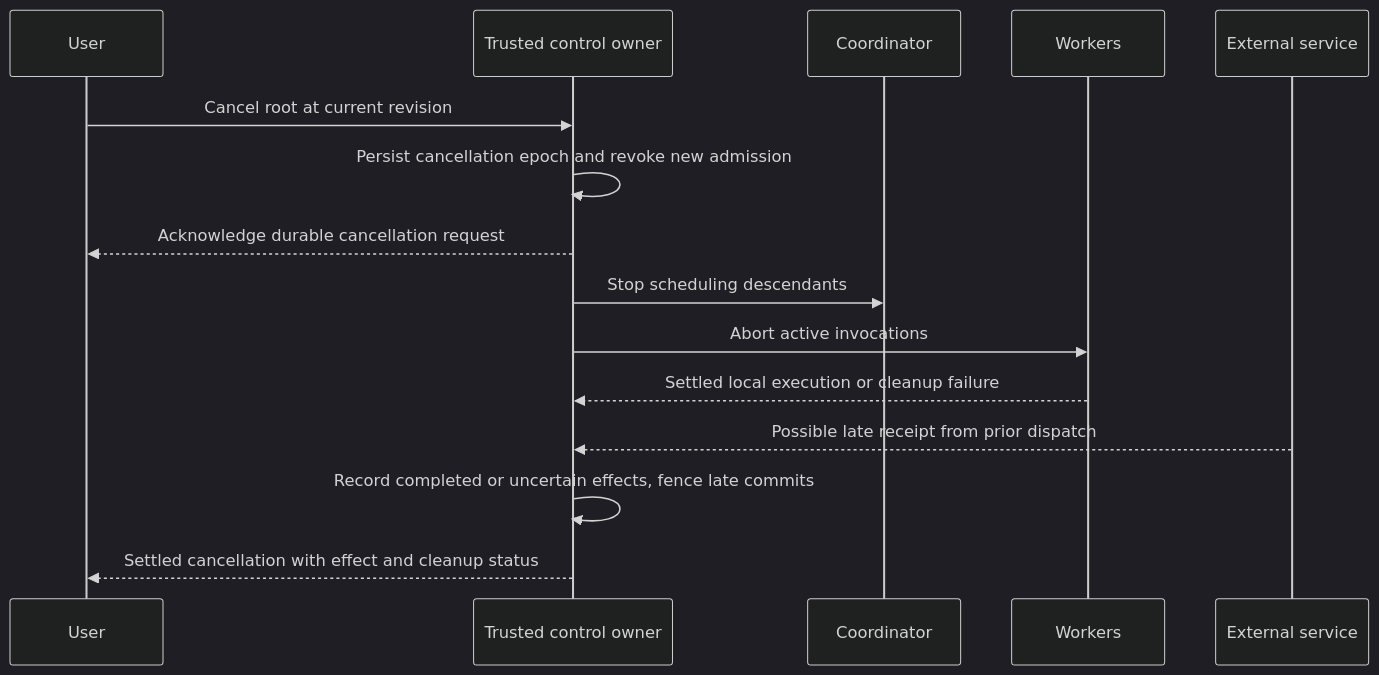
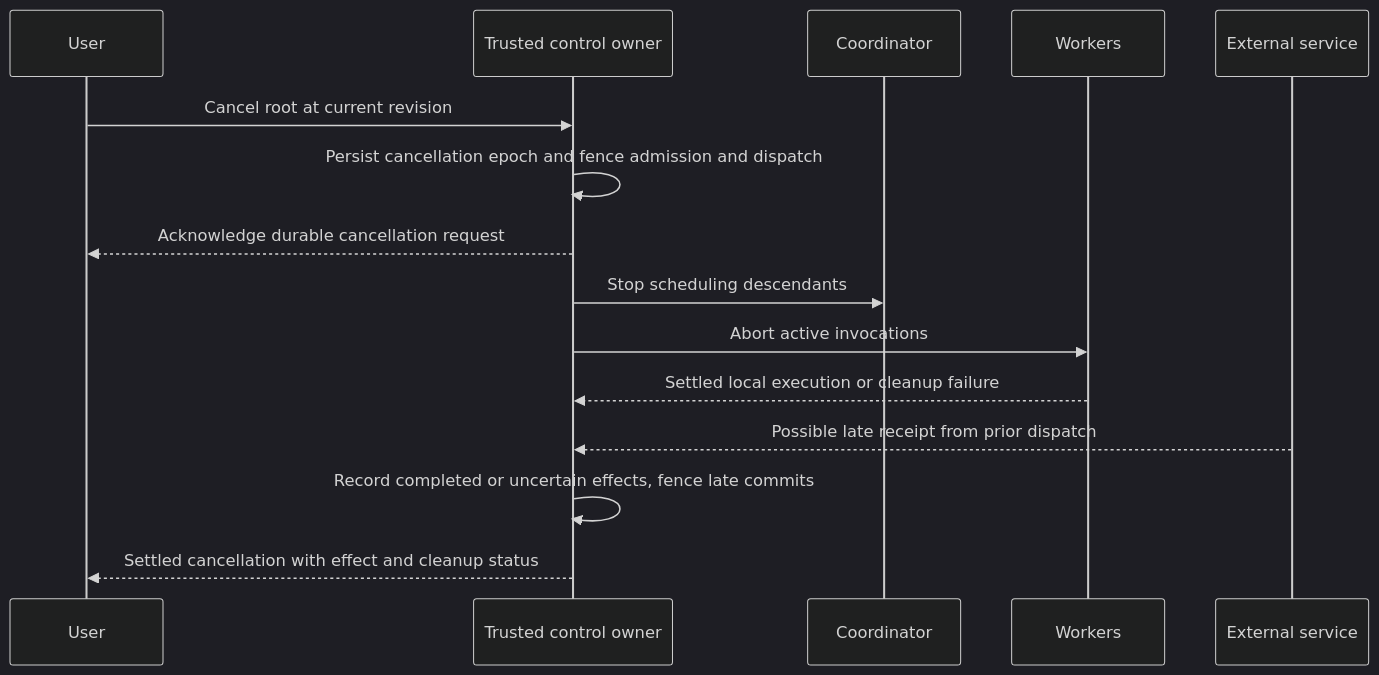
Before and after one commit to nranjan2code/vakyartha: the second of 2 diagrams in docs/agent-runtime/OPERATIONS-AND-QOS.md, drawn with Mermaid (dark theme). The commit also changed other lines of this file and 35 other files, not shown here.

````diff
--- a/docs/agent-runtime/OPERATIONS-AND-QOS.md
+++ b/docs/agent-runtime/OPERATIONS-AND-QOS.md
@@ -30,17 +30,17 @@
 ```mermaid
 sequenceDiagram
     participant U as User
     participant B as Trusted control owner
     participant C as Coordinator
     participant W as Workers
     participant X as External service
     U->>B: Cancel root at current revision
-    B->>B: Persist cancellation epoch and revoke new admission
+    B->>B: Persist cancellation epoch and fence admission and dispatch
     B-->>U: Acknowledge durable cancellation request
     B->>C: Stop scheduling descendants
     B->>W: Abort active invocations
     W-->>B: Settled local execution or cleanup failure
     X-->>B: Possible late receipt from prior dispatch
     B->>B: Record completed or uncertain effects, fence late commits
     B-->>U: Settled cancellation with effect and cleanup status
 ```
````
